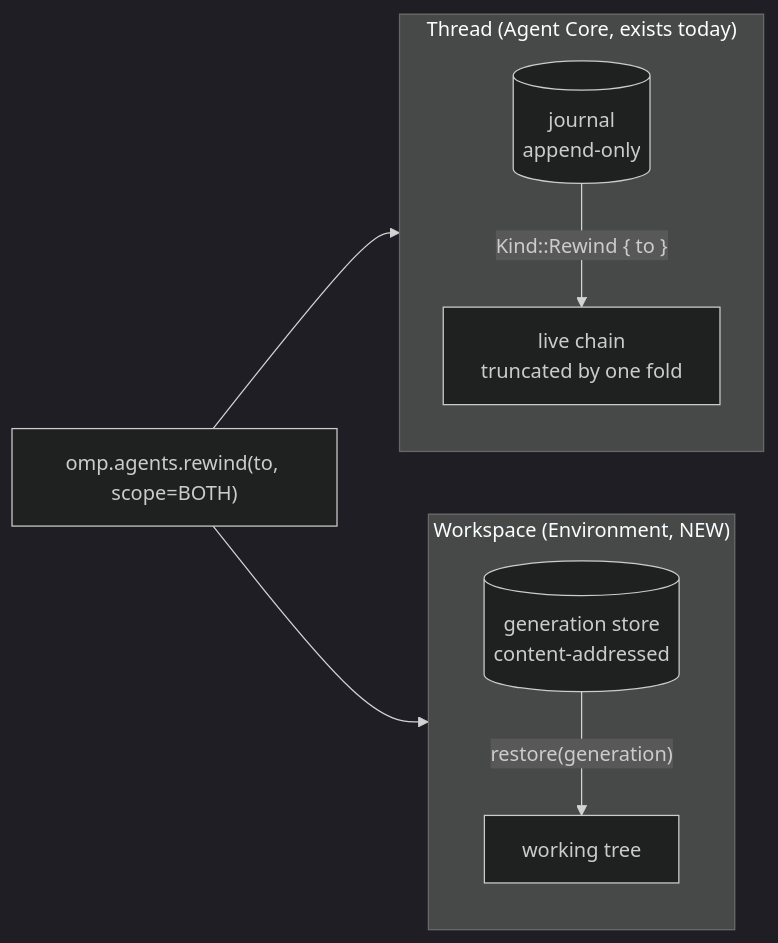
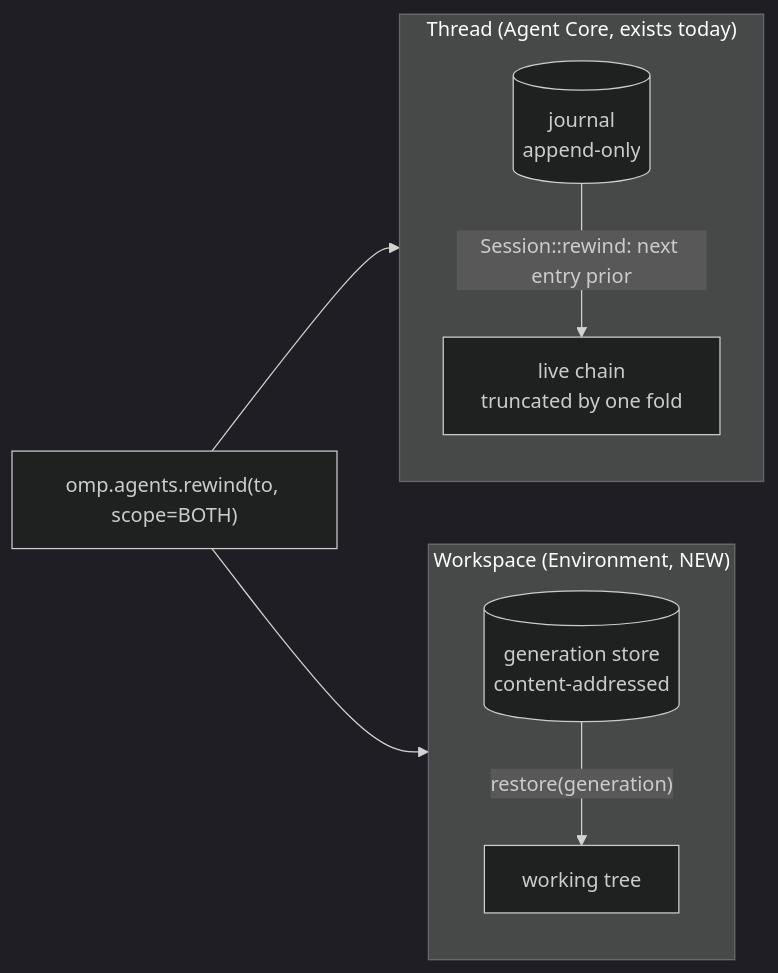
Before and after one commit to can1357/oh-my-pi: the third of 4 diagrams in docs/py/12-agents.md, drawn with Mermaid (dark theme). The commit also changed other lines of this file and 9 other files, not shown here.

````diff
--- a/docs/py/12-agents.md
+++ b/docs/py/12-agents.md
@@ -166,11 +166,11 @@
 ```mermaid
 flowchart LR
     subgraph thread["Thread (Agent Core, exists today)"]
-        J[("journal<br/>append-only")] -->|"Kind::Rewind { to }"| L["live chain<br/>truncated by one fold"]
+        J[("journal<br/>append-only")] -->|"Session::rewind: next entry prior"| L["live chain<br/>truncated by one fold"]
     end
     subgraph ws["Workspace (Environment, NEW)"]
         G[("generation store<br/>content-addressed")] -->|"restore(generation)"| W["working tree"]
     end
     R["omp.agents.rewind(to, scope=BOTH)"] --> thread
     R --> ws
 ```
````
